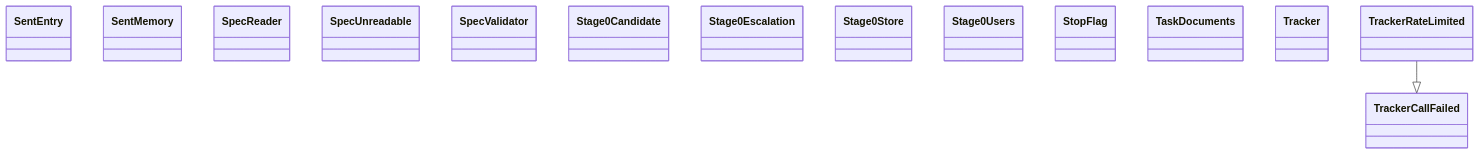
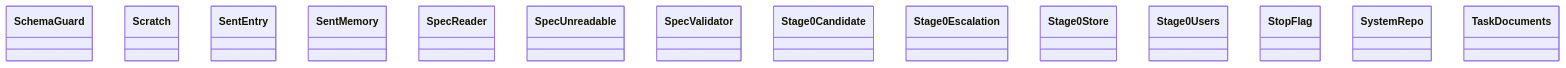
Before and after one commit to GonzaloZevallos/agentic-system: the diagram in docs/architecture/generated/classes-process-application-support-6.md, drawn with Mermaid. The commit also changed other lines of this file and 12 other files, not shown here.

Commit message:
Place the format_issue module in the support cluster and regenerate the class diagrams

````diff
--- a/docs/architecture/generated/classes-process-application-support-6.md
+++ b/docs/architecture/generated/classes-process-application-support-6.md
@@ -20,18 +20,17 @@
 ```mermaid
 classDiagram
+    class ports__SchemaGuard["SchemaGuard"]
+    class ports__Scratch["Scratch"]
     class ports__SentEntry["SentEntry"]
     class ports__SentMemory["SentMemory"]
     class ports__SpecReader["SpecReader"]
     class ports__SpecUnreadable["SpecUnreadable"]
     class ports__SpecValidator["SpecValidator"]
     class ports__Stage0Candidate["Stage0Candidate"]
     class ports__Stage0Escalation["Stage0Escalation"]
     class ports__Stage0Store["Stage0Store"]
     class ports__Stage0Users["Stage0Users"]
     class ports__StopFlag["StopFlag"]
+    class ports__SystemRepo["SystemRepo"]
     class ports__TaskDocuments["TaskDocuments"]
-    class ports__Tracker["Tracker"]
-    class ports__TrackerCallFailed["TrackerCallFailed"]
-    class ports__TrackerRateLimited["TrackerRateLimited"]
-    ports__TrackerRateLimited --|> ports__TrackerCallFailed
 ```
````
